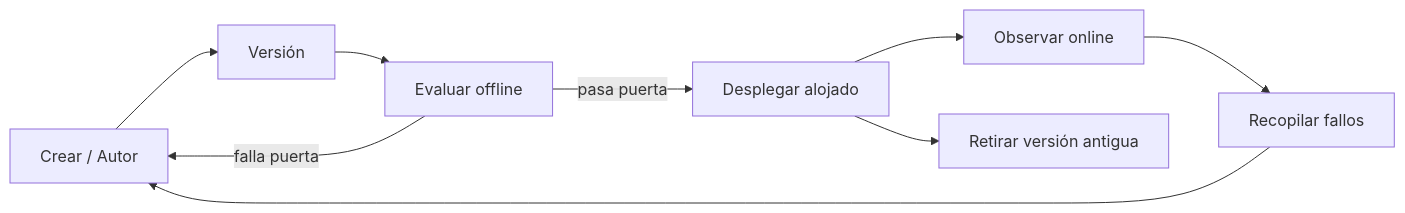
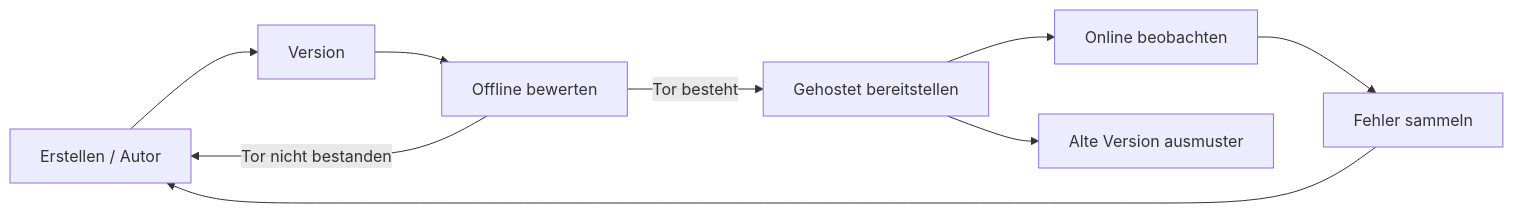
One commit to gabrielmoreira/agent-skills-mirror changed the second of 4 diagrams in mirrors/repos/microsoft@ai-agents-for-beginners/translations/en/16-deploying-scalable-agents/README.md. Above: the diagram before and after it, drawn with Mermaid. The commit also changed other lines of this file and 3581 other files, not shown here.

````diff
--- a/mirrors/repos/microsoft@ai-agents-for-beginners/translations/en/16-deploying-scalable-agents/README.md
+++ b/mirrors/repos/microsoft@ai-agents-for-beginners/translations/en/16-deploying-scalable-agents/README.md
@@ -108,11 +108,11 @@
 ```mermaid
 flowchart LR
-    Create[Crear / Autor] --> Version[Versión]
-    Version --> Evaluate[Evaluar offline]
-    Evaluate -->|pasa puerta| Deploy[Desplegar alojado]
-    Evaluate -->|falla puerta| Create
-    Deploy --> Observe[Observar online]
-    Observe --> Improve[Recopilar fallos]
+    Create[Erstellen / Autor] --> Version[Version]
+    Version --> Evaluate[Offline bewerten]
+    Evaluate -->|Tor besteht| Deploy[Gehostet bereitstellen]
+    Evaluate -->|Tor nicht bestanden| Create
+    Deploy --> Observe[Online beobachten]
+    Observe --> Improve[Fehler sammeln]
     Improve --> Create
-    Deploy --> Retire[Retirar versión antigua]
+    Deploy --> Retire[Alte Version ausmuster]
 ```
````
